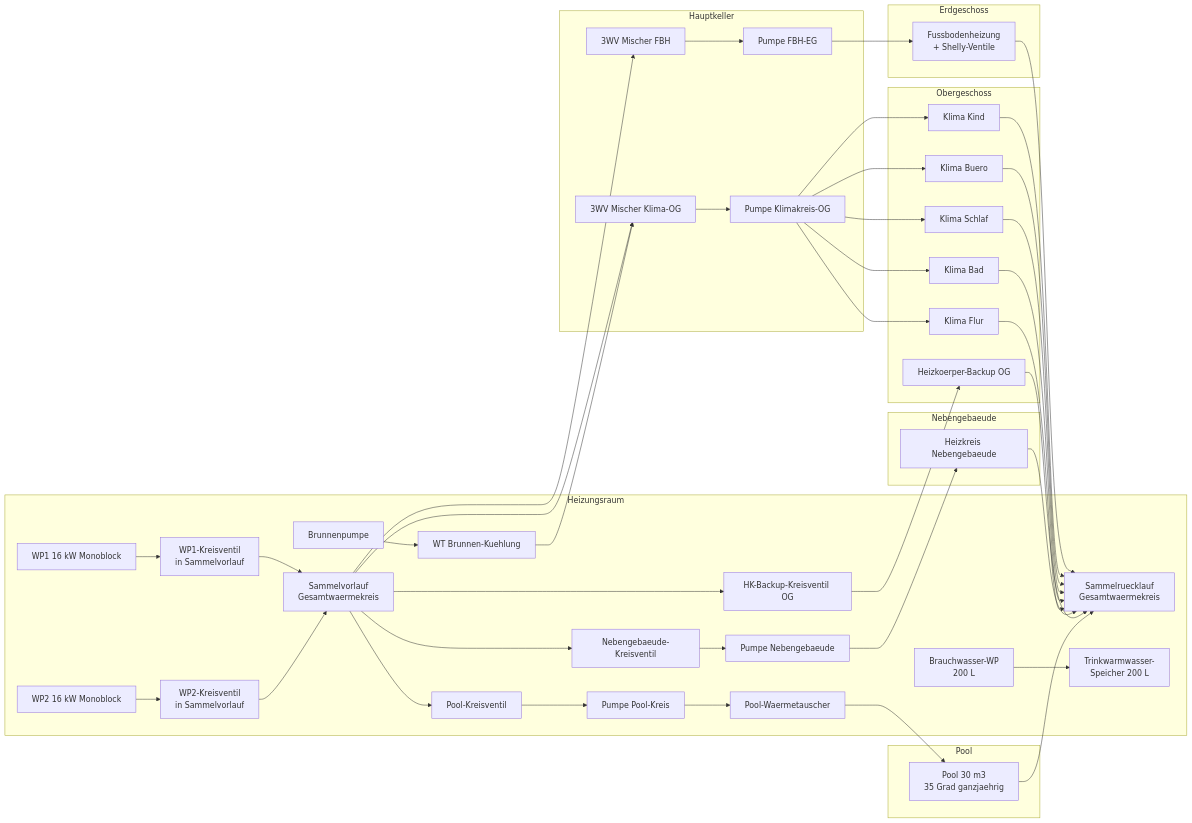
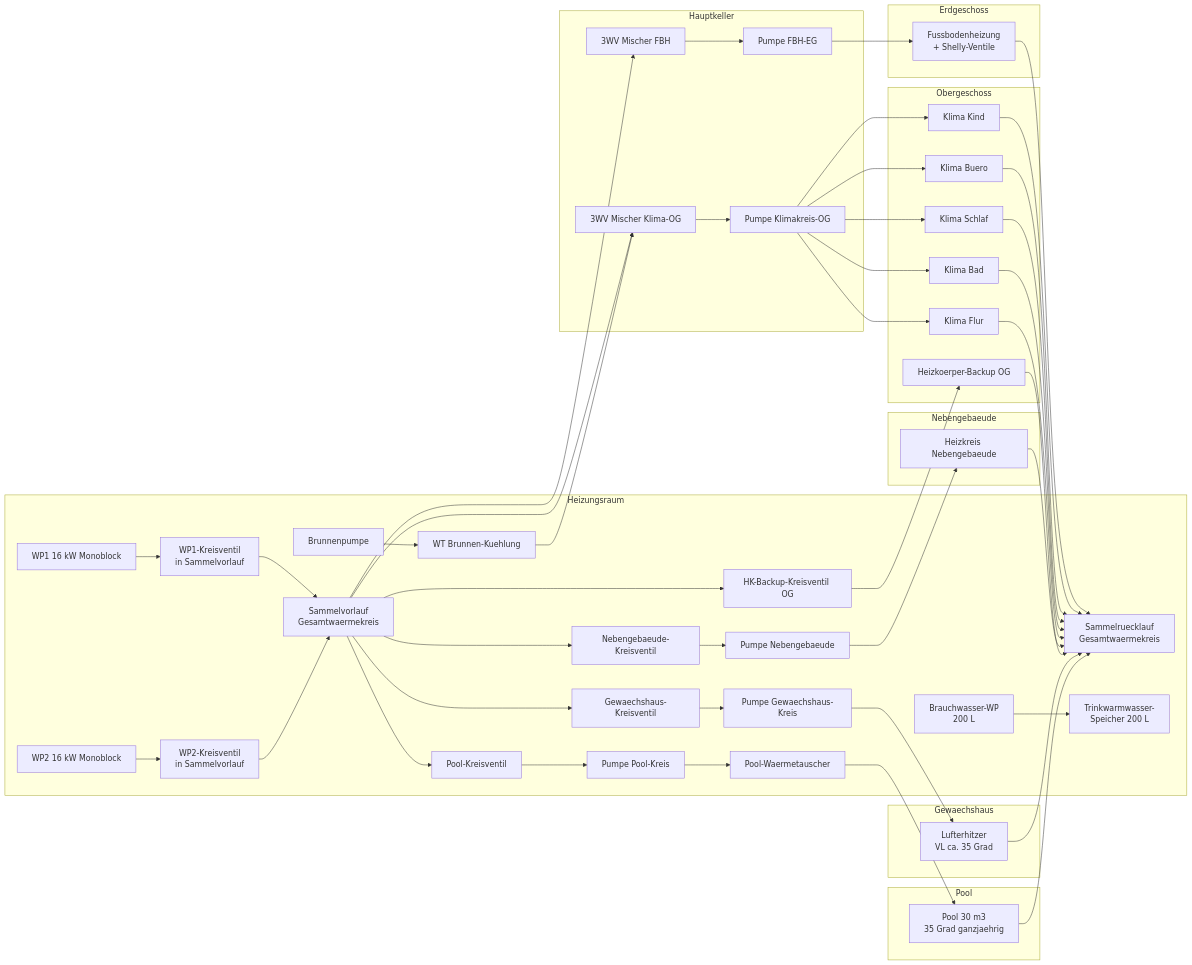
One commit to freezweb/de.freezweb.heizungssteuerung changed the diagram in docs/hydraulik.md. Above: the diagram before and after it, drawn with Mermaid. The commit also changed other lines of this file and 157 other files, not shown here.

````diff
--- a/docs/hydraulik.md
+++ b/docs/hydraulik.md
@@ -8,59 +9,66 @@
 ```mermaid
 flowchart LR
     subgraph HR[Heizungsraum]
         WP1[WP1 16 kW Monoblock]
         WP2[WP2 16 kW Monoblock]
         BWWP[Brauchwasser-WP<br/>200 L]
         SVW1[WP1-Kreisventil<br/>in Sammelvorlauf]
         SVW2[WP2-Kreisventil<br/>in Sammelvorlauf]
         VL[Sammelvorlauf<br/>Gesamtwaermekreis]
         RL[Sammelruecklauf<br/>Gesamtwaermekreis]
         BR[Brunnenpumpe]
         WTK[WT Brunnen-Kuehlung]
         SVP[Pool-Kreisventil]
         PPool[Pumpe Pool-Kreis]
         PWT[Pool-Waermetauscher]
         SVN[Nebengebaeude-Kreisventil]
         PNeb[Pumpe Nebengebaeude]
         SVH[HK-Backup-Kreisventil OG]
+        SVG[Gewaechshaus-Kreisventil]
+        PGew[Pumpe Gewaechshaus-Kreis]
         BWS[Trinkwarmwasser-<br/>Speicher 200 L]
     end
 
     subgraph HK[Hauptkeller]
         SVF[3WV Mischer FBH]
         PF[Pumpe FBH-EG]
         SVK[3WV Mischer Klima-OG]
         PK[Pumpe Klimakreis-OG]
     end
 
     subgraph EG[Erdgeschoss]
         FBH[Fussbodenheizung<br/>+ Shelly-Ventile]
     end
 
     subgraph OG[Obergeschoss]
         K1[Klima Kind]
         K2[Klima Buero]
         K3[Klima Schlaf]
         K4[Klima Bad]
         K5[Klima Flur]
         HKB[Heizkoerper-Backup OG]
     end
 
     subgraph POOL[Pool]
         BEC[Pool 30 m3<br/>35 Grad ganzjaehrig]
     end
 
     subgraph NEB[Nebengebaeude]
         NHK[Heizkreis Nebengebaeude]
     end
 
+    subgraph GEW[Gewaechshaus]
+        GLH[Lufterhitzer<br/>VL ca. 35 Grad]
+    end
+
     WP1 --> SVW1 --> VL
     WP2 --> SVW2 --> VL
     VL --> SVF --> PF --> FBH --> RL
     VL --> SVK --> PK --> K1 & K2 & K3 & K4 & K5 --> RL
     VL --> SVN --> PNeb --> NHK --> RL
     VL --> SVH --> HKB --> RL
+    VL --> SVG --> PGew --> GLH --> RL
     VL --> SVP --> PPool --> PWT --> BEC --> RL
     BWWP --> BWS
     BR --> WTK --> SVK
 ```
````
